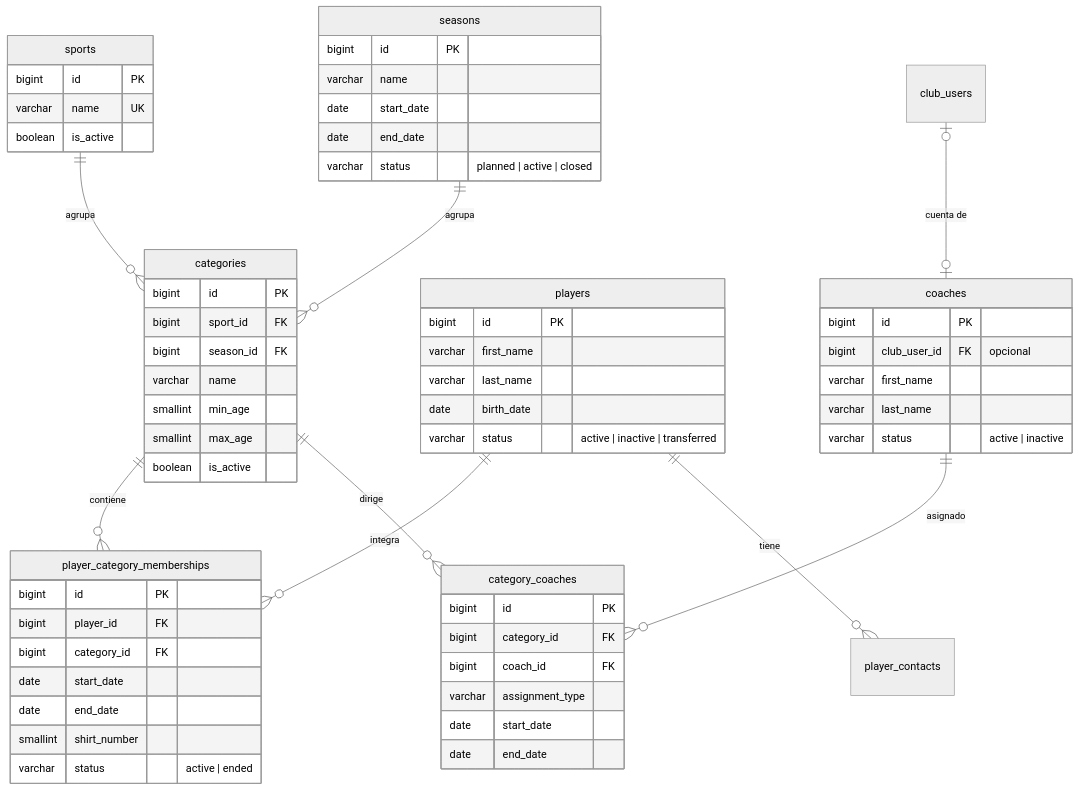
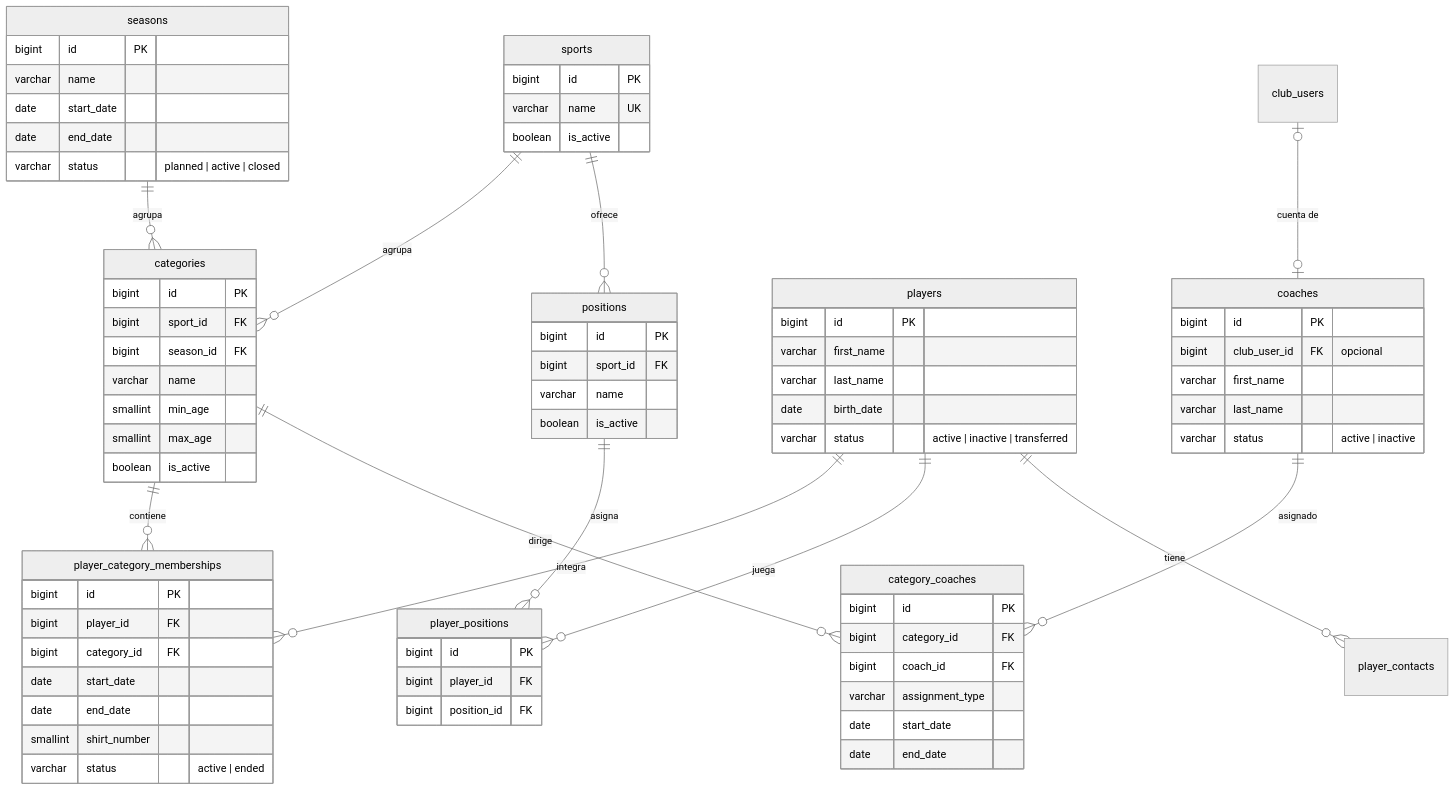
Before and after one commit to finalproyectogrupo8-max/API_Sportiva: the diagram in docs/modelo-datos-club/02-deportes-y-planteles.md, drawn with Mermaid (neutral theme). The commit also changed other lines of this file and 58 other files, not shown here.

````diff
--- a/docs/modelo-datos-club/02-deportes-y-planteles.md
+++ b/docs/modelo-datos-club/02-deportes-y-planteles.md
@@ -7,64 +7,78 @@
 ```mermaid
 erDiagram
     sports ||--o{ categories : agrupa
+    sports ||--o{ positions : ofrece
     seasons ||--o{ categories : agrupa
     players ||--o{ player_category_memberships : integra
+    players ||--o{ player_positions : juega
+    positions ||--o{ player_positions : asigna
     players ||--o{ player_contacts : tiene
     categories ||--o{ player_category_memberships : contiene
     club_users |o--o| coaches : "cuenta de"
     categories ||--o{ category_coaches : dirige
     coaches ||--o{ category_coaches : asignado
 
     sports {
         bigint id PK
         varchar name UK
+        boolean is_active
+    }
+    positions {
+        bigint id PK
+        bigint sport_id FK
+        varchar name
         boolean is_active
     }
     seasons {
         bigint id PK
         varchar name
         date start_date
         date end_date
         varchar status "planned | active | closed"
     }
     categories {
         bigint id PK
         bigint sport_id FK
         bigint season_id FK
         varchar name
         smallint min_age
         smallint max_age
         boolean is_active
     }
     players {
         bigint id PK
         varchar first_name
         varchar last_name
         date birth_date
         varchar status "active | inactive | transferred"
     }
     player_category_memberships {
         bigint id PK
         bigint player_id FK
         bigint category_id FK
         date start_date
         date end_date
         smallint shirt_number
         varchar status "active | ended"
     }
+    player_positions {
+        bigint id PK
+        bigint player_id FK
+        bigint position_id FK
+    }
     coaches {
         bigint id PK
         bigint club_user_id FK "opcional"
         varchar first_name
         varchar last_name
         varchar status "active | inactive"
     }
     category_coaches {
         bigint id PK
         bigint category_id FK
         bigint coach_id FK
         varchar assignment_type
         date start_date
         date end_date
     }
 ```
````
